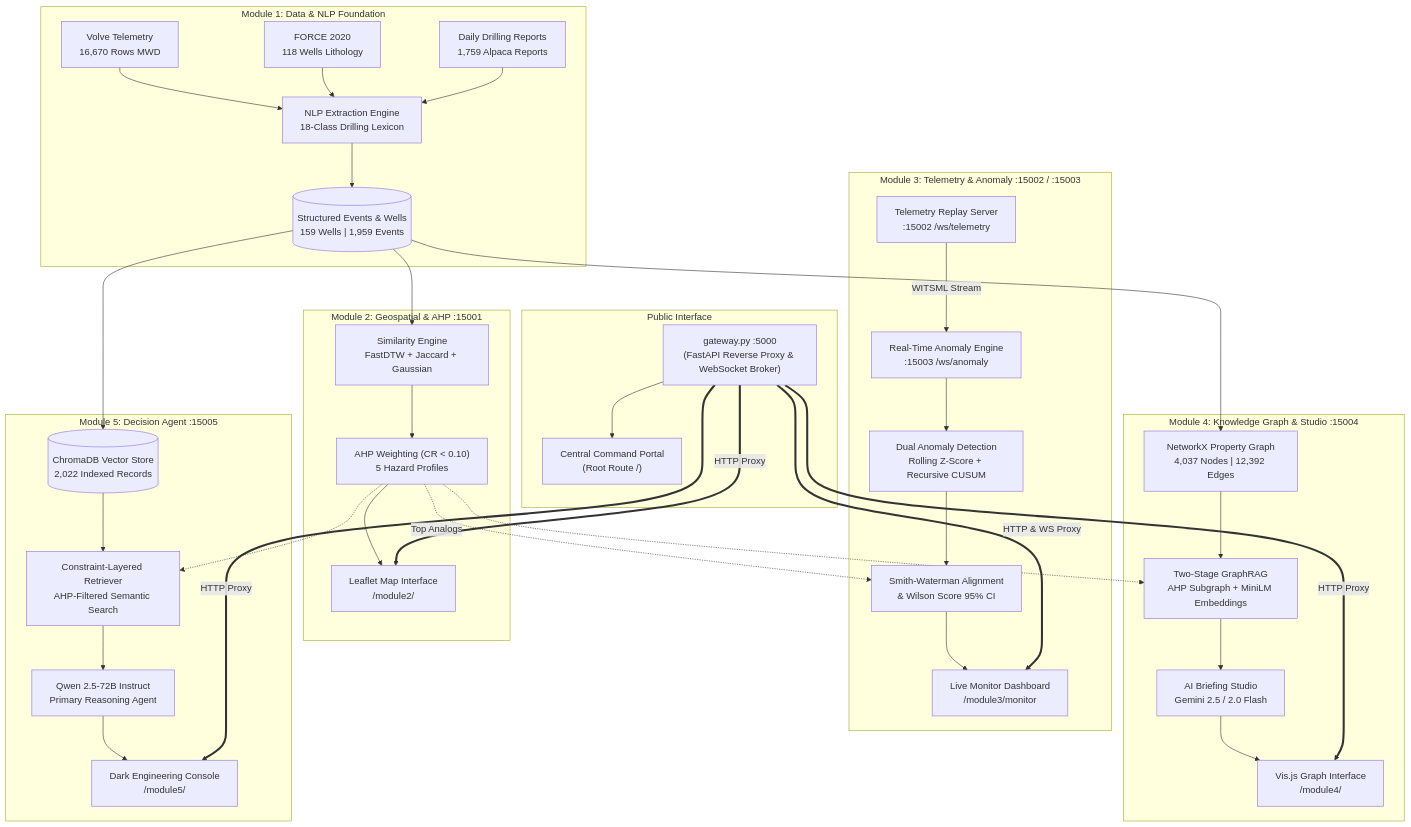
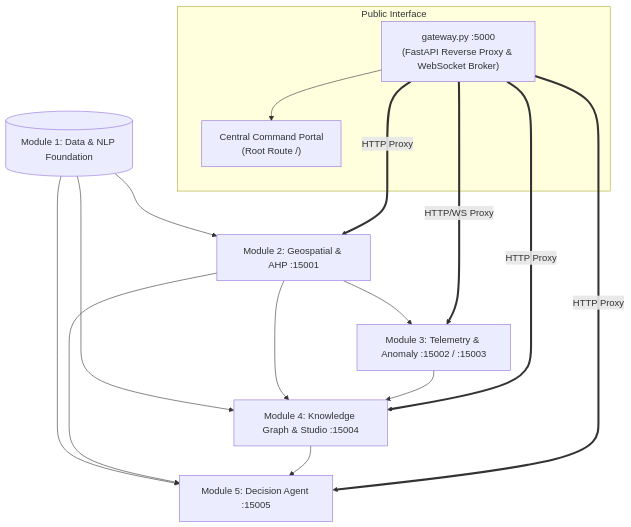
The diagram in README.md (n3ssdub3y/SIH_2026_PLANNS), drawn with Mermaid before and after one commit. The commit also changed other lines of this file and 29 other files, not shown here.

````diff
--- a/README.md
+++ b/README.md
@@ -144,63 +48,28 @@
 ```mermaid
 graph TD
     subgraph "Public Interface"
         GW["gateway.py :5000<br/>(FastAPI Reverse Proxy & WebSocket Broker)"]
         DASH["Central Command Portal<br/>(Root Route /)"]
         GW --> DASH
     end
-
-    subgraph "Module 1: Data & NLP Foundation"
-        VOLVE["Volve Telemetry<br/>16,670 Rows MWD"]
-        FORCE["FORCE 2020<br/>118 Wells Lithology"]
-        DDR["Daily Drilling Reports<br/>1,759 Alpaca Reports"]
-        NLP["NLP Extraction Engine<br/>18-Class Drilling Lexicon"]
-        M1_OUT[("Structured Events & Wells<br/>159 Wells | 1,959 Events")]
-        VOLVE --> NLP
-        FORCE --> NLP
-        DDR --> NLP
-        NLP --> M1_OUT
-    end
-
-    subgraph "Module 2: Geospatial & AHP :15001"
-        M2_SIM["Similarity Engine<br/>FastDTW + Jaccard + Gaussian"]
-        M2_AHP["AHP Weighting (CR < 0.10)<br/>5 Hazard Profiles"]
-        M2_UI["Leaflet Map Interface<br/>/module2/"]
-        M1_OUT --> M2_SIM --> M2_AHP --> M2_UI
-    end
-
-    subgraph "Module 3: Telemetry & Anomaly :15002 / :15003"
-        SIM["Telemetry Replay Server<br/>:15002 /ws/telemetry"]
-        ANO["Real-Time Anomaly Engine<br/>:15003 /ws/anomaly"]
-        DET["Dual Anomaly Detection<br/>Rolling Z-Score + Recursive CUSUM"]
-        SW["Smith-Waterman Alignment<br/>& Wilson Score 95% CI"]
-        MON["Live Monitor Dashboard<br/>/module3/monitor"]
-        SIM -->|"WITSML Stream"| ANO
-        ANO --> DET --> SW --> MON
-        M2_AHP -.->|"Top Analogs"| SW
-    end
-
-    subgraph "Module 4: Knowledge Graph & Studio :15004"
-        KG["NetworkX Property Graph<br/>4,037 Nodes | 12,392 Edges"]
-        GRAG["Two-Stage GraphRAG<br/>AHP Subgraph + MiniLM Embeddings"]
-        GEMINI["AI Briefing Studio<br/>Gemini 2.5 / 2.0 Flash"]
-        KG_UI["Vis.js Graph Interface<br/>/module4/"]
-        M1_OUT --> KG
-        M2_AHP -.-> GRAG
-        KG --> GRAG --> GEMINI --> KG_UI
-    end
-
-    subgraph "Module 5: Decision Agent :15005"
-        VDB[("ChromaDB Vector Store<br/>2,022 Indexed Records")]
-        RET["Constraint-Layered Retriever<br/>AHP-Filtered Semantic Search"]
-        QWEN["Qwen 2.5-72B Instruct<br/>Primary Reasoning Agent"]
-        CON["Dark Engineering Console<br/>/module5/"]
-        M1_OUT --> VDB
-        M2_AHP -.-> RET
-        VDB --> RET --> QWEN --> CON
-    end
-
-    GW ===>|HTTP Proxy| M2_UI
-    GW ===>|HTTP & WS Proxy| MON
-    GW ===>|HTTP Proxy| KG_UI
-    GW ===>|HTTP Proxy| CON
+    
+    M1[("Module 1: Data & NLP Foundation")]
+    M2["Module 2: Geospatial & AHP :15001"]
+    M3["Module 3: Telemetry & Anomaly :15002 / :15003"]
+    M4["Module 4: Knowledge Graph & Studio :15004"]
+    M5["Module 5: Decision Agent :15005"]
+    
+    M1 --> M2
+    M1 --> M4
+    M1 --> M5
+    M2 --> M3
+    M2 --> M4
+    M2 --> M5
+    M3 --> M4
+    M4 --> M5
+    
+    GW ===>|HTTP Proxy| M2
+    GW ===>|HTTP/WS Proxy| M3
+    GW ===>|HTTP Proxy| M4
+    GW ===>|HTTP Proxy| M5
 ```
````
